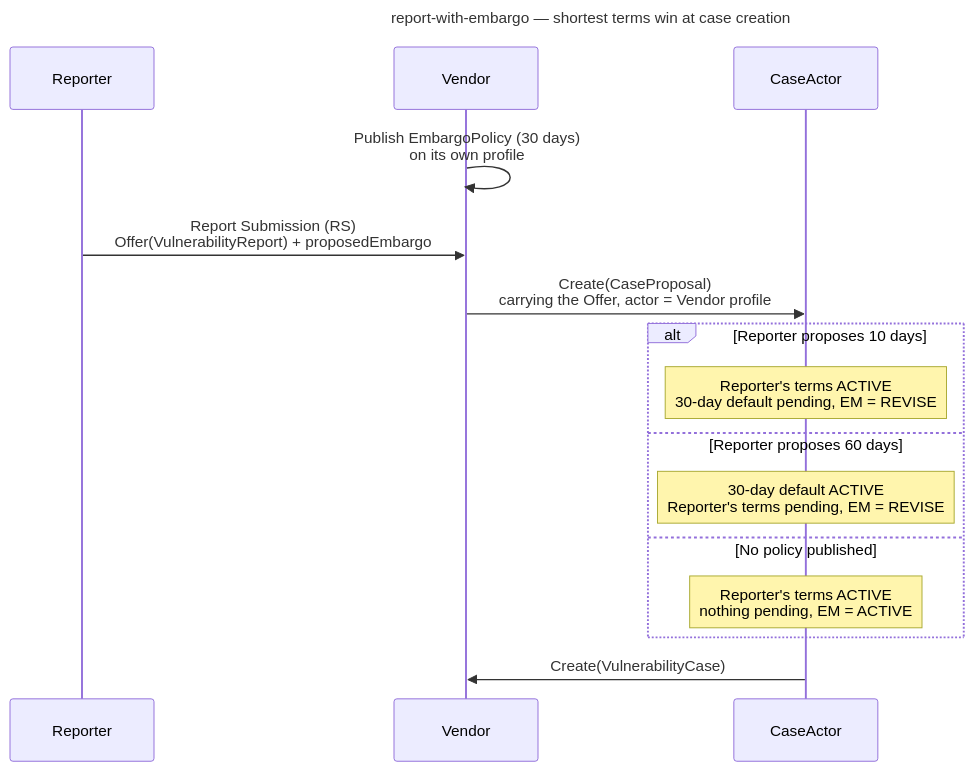
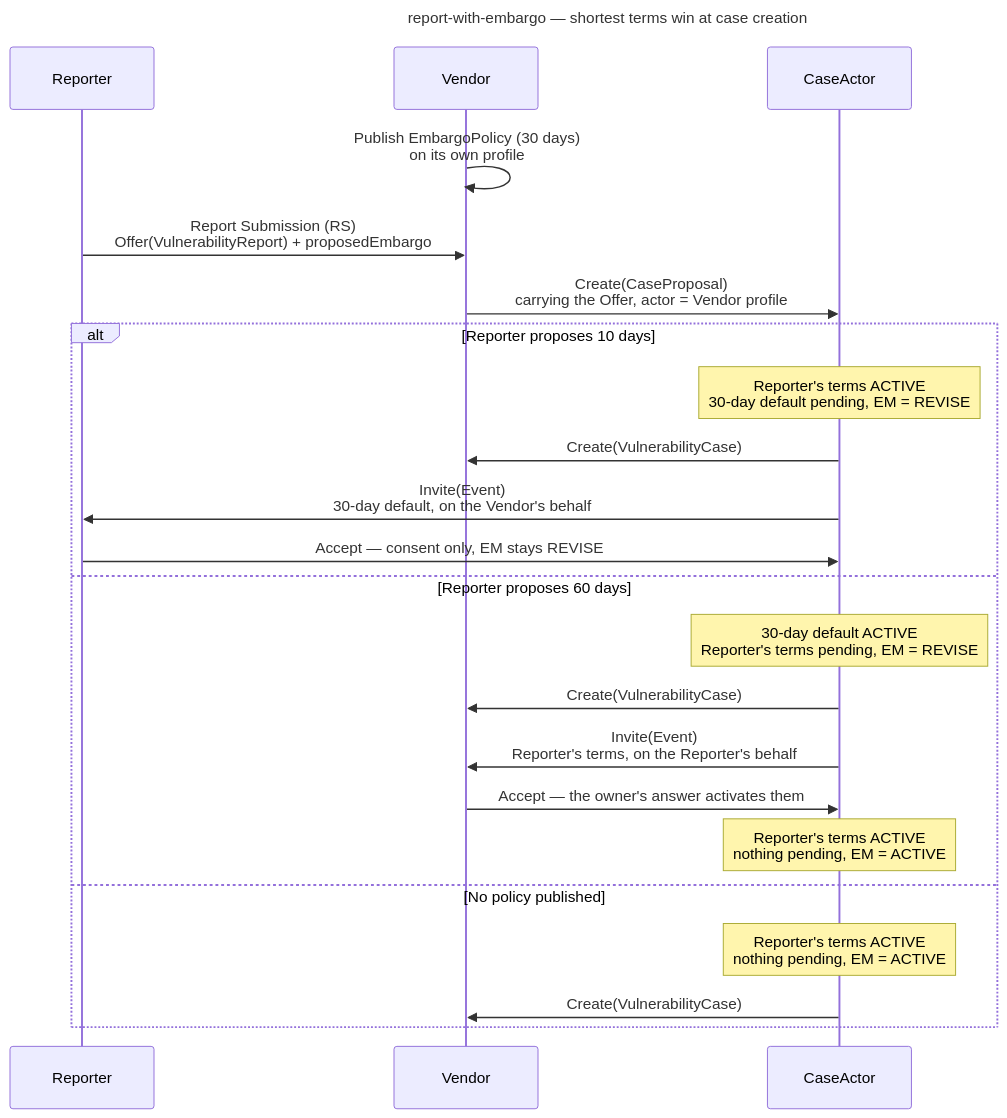
The sixth of 9 diagrams in docs/tutorials/other_demos.md (CERTCC/Vultron), drawn with Mermaid before and after one commit. The commit also changed other lines of this file and 6 other files, not shown here.

First line of the commit message:
fix(ci): settle the reporter-longer demo on the owner's answer

````diff
--- a/docs/tutorials/other_demos.md
+++ b/docs/tutorials/other_demos.md
@@ -271,21 +274,28 @@
 ```mermaid
 ---
 title: report-with-embargo — shortest terms win at case creation
 ---
 sequenceDiagram
     participant R as Reporter
     participant V as Vendor
     participant CA as CaseActor
 
     V->>V: Publish EmbargoPolicy (30 days)<br/>on its own profile
     R->>V: Report Submission (RS)<br/>Offer(VulnerabilityReport) + proposedEmbargo
     V->>CA: Create(CaseProposal)<br/>carrying the Offer, actor = Vendor profile
     alt Reporter proposes 10 days
         Note over CA: Reporter's terms ACTIVE<br/>30-day default pending, EM = REVISE
+        CA->>V: Create(VulnerabilityCase)
+        CA->>R: Invite(Event)<br/>30-day default, on the Vendor's behalf
+        R->>CA: Accept — consent only, EM stays REVISE
     else Reporter proposes 60 days
         Note over CA: 30-day default ACTIVE<br/>Reporter's terms pending, EM = REVISE
+        CA->>V: Create(VulnerabilityCase)
+        CA->>V: Invite(Event)<br/>Reporter's terms, on the Reporter's behalf
+        V->>CA: Accept — the owner's answer activates them
+        Note over CA: Reporter's terms ACTIVE<br/>nothing pending, EM = ACTIVE
     else No policy published
         Note over CA: Reporter's terms ACTIVE<br/>nothing pending, EM = ACTIVE
+        CA->>V: Create(VulnerabilityCase)
     end
-    CA->>V: Create(VulnerabilityCase)
 ```
````
